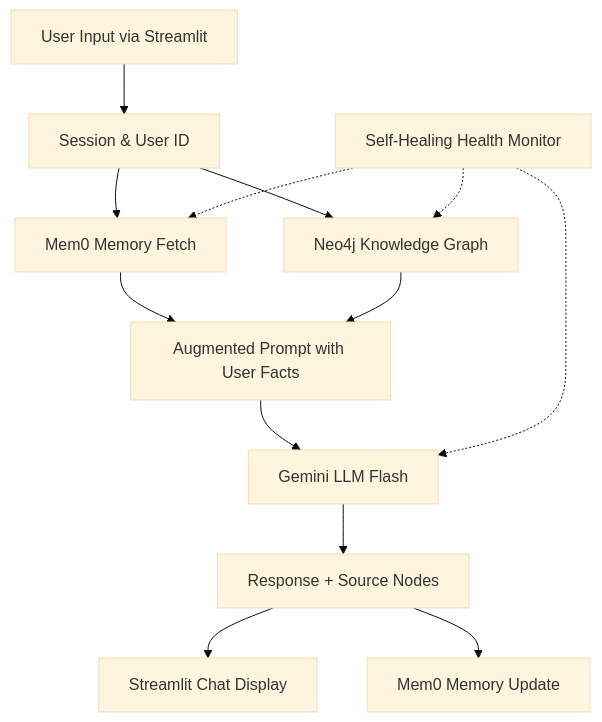
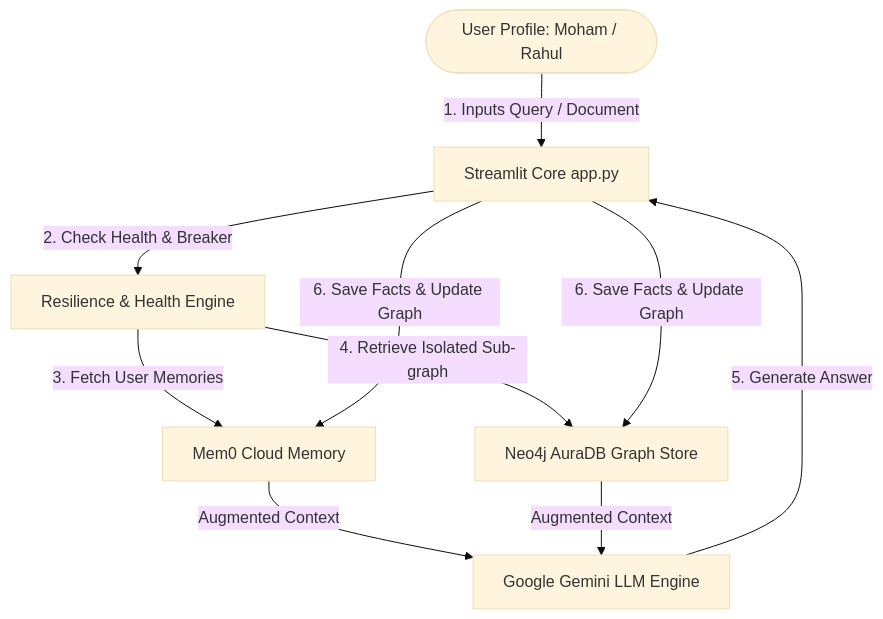
Before and after one commit to Inayat-0007/I.N.A.Y.A.T.-An-agentic-RAG-system-that-remembers-you-reads-your-documents-and-visualises.: the first of 2 diagrams in README.md, drawn with Mermaid (base theme). The commit also changed other lines of this file, not shown here.

Commit message:
🎨 Industry-grade README with architecture, mindmap, badges, and demo script

````diff
--- a/README.md
+++ b/README.md
@@ -10,15 +55,10 @@
 ```mermaid
 flowchart TD
-    User[User Input via Streamlit] --> Session[Session & User ID]
-    Session --> Mem0[Mem0 Memory Fetch]
-    Session --> Neo4j[Neo4j Knowledge Graph]
-    Mem0 --> AugmentedPrompt[Augmented Prompt with User Facts]
-    Neo4j --> AugmentedPrompt
-    AugmentedPrompt --> Gemini[Gemini LLM Flash]
-    Gemini --> Response[Response + Source Nodes]
-    Response --> StreamlitUI[Streamlit Chat Display]
-    Response --> Mem0Update[Mem0 Memory Update]
-    HealthMonitor[Self‑Healing Health Monitor] -.-> Mem0
-    HealthMonitor -.-> Neo4j
-    HealthMonitor -.-> Gemini
+    User([User Profile: Moham / Rahul]) -->|1. Inputs Query / Document| App[Streamlit Core app.py]
+    App -->|2. Check Health & Breaker| Health[Resilience & Health Engine]
+    Health -->|3. Fetch User Memories| Mem0[Mem0 Cloud Memory]
+    Health -->|4. Retrieve Isolated Sub-graph| Neo4j[Neo4j AuraDB Graph Store]
+    Mem0 & Neo4j -->|Augmented Context| LLM[Google Gemini LLM Engine]
+    LLM -->|5. Generate Answer| App
+    App -->|6. Save Facts & Update Graph| Mem0 & Neo4j
 ```
````
